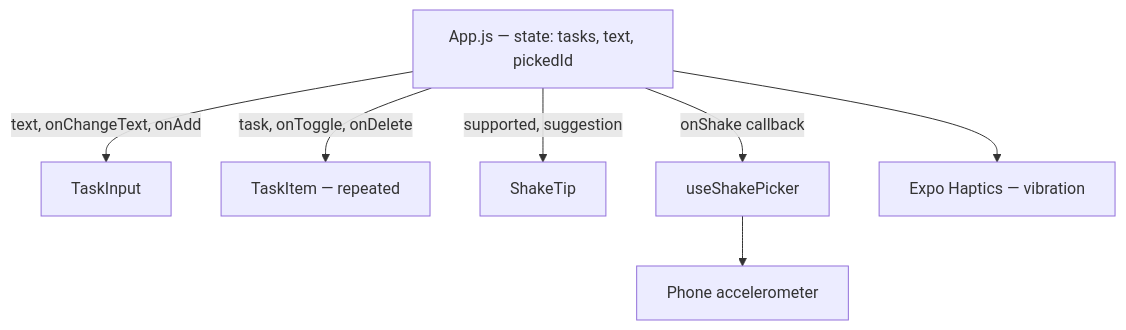
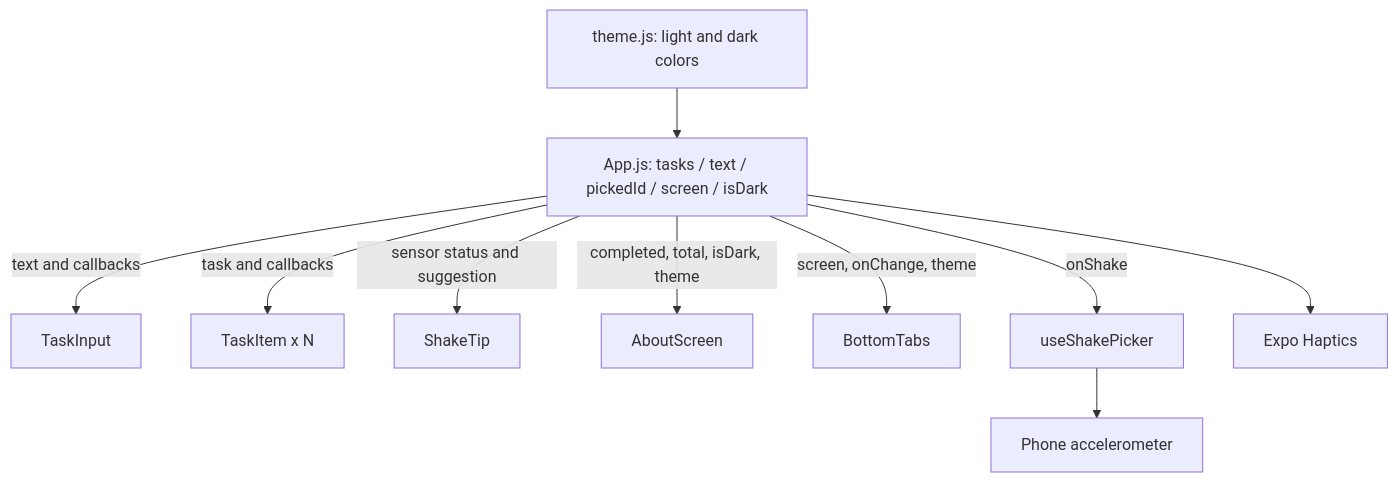
Before and after one commit to jtimm-gicw/todo-mobile: the diagram in README.md, drawn with Mermaid. The commit also changed other lines of this file and 11 other files, not shown here.

````diff
--- a/README.md
+++ b/README.md
@@ -40,9 +34,12 @@
 ```mermaid
 flowchart TD
-  A[App.js — state: tasks, text, pickedId] -->|text, onChangeText, onAdd| B[TaskInput]
-  A -->|task, onToggle, onDelete| C[TaskItem — repeated]
-  A -->|supported, suggestion| D[ShakeTip]
-  A -->|onShake callback| E[useShakePicker]
-  E --> F[Phone accelerometer]
-  A --> G[Expo Haptics — vibration]
+  A[App.js: tasks / text / pickedId / screen / isDark] -->|text and callbacks| B[TaskInput]
+  A -->|task and callbacks| C[TaskItem x N]
+  A -->|sensor status and suggestion| D[ShakeTip]
+  A -->|completed, total, isDark, theme| E[AboutScreen]
+  A -->|screen, onChange, theme| F[BottomTabs]
+  A -->|onShake| G[useShakePicker]
+  G --> H[Phone accelerometer]
+  A --> I[Expo Haptics]
+  J[theme.js: light and dark colors] --> A
 ```
````
